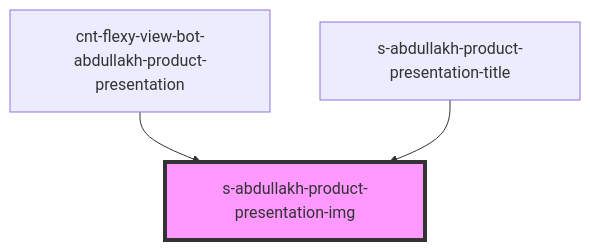
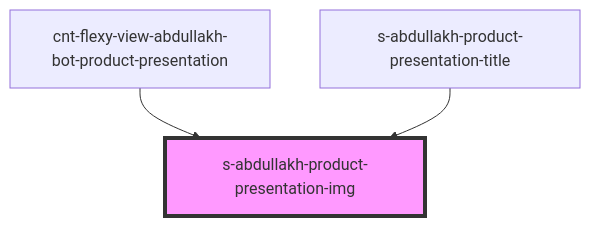
Before and after one commit to Wokh-Dada/botdevelopmentapp: the diagram in src/components/cnt-flexy-view-abdullakh-bot-product-presentation-1_0_0/res/view/cnt-flexy-view-abdullakh-bot-product-presentation/res/view/s-abdullakh-product-presentation-img/readme.md, drawn with Mermaid. The commit also changed other lines of this file and 24 other files, not shown here.

````diff
--- a/src/components/cnt-flexy-view-abdullakh-bot-product-presentation-1_0_0/res/view/cnt-flexy-view-abdullakh-bot-product-presentation/res/view/s-abdullakh-product-presentation-img/readme.md
+++ b/src/components/cnt-flexy-view-abdullakh-bot-product-presentation-1_0_0/res/view/cnt-flexy-view-abdullakh-bot-product-presentation/res/view/s-abdullakh-product-presentation-img/readme.md
@@ -30,6 +30,6 @@
 ```mermaid
 graph TD;
-  cnt-flexy-view-bot-abdullakh-product-presentation --> s-abdullakh-product-presentation-img
+  cnt-flexy-view-abdullakh-bot-product-presentation --> s-abdullakh-product-presentation-img
   s-abdullakh-product-presentation-title --> s-abdullakh-product-presentation-img
   style s-abdullakh-product-presentation-img fill:#f9f,stroke:#333,stroke-width:4px
 ```
````
